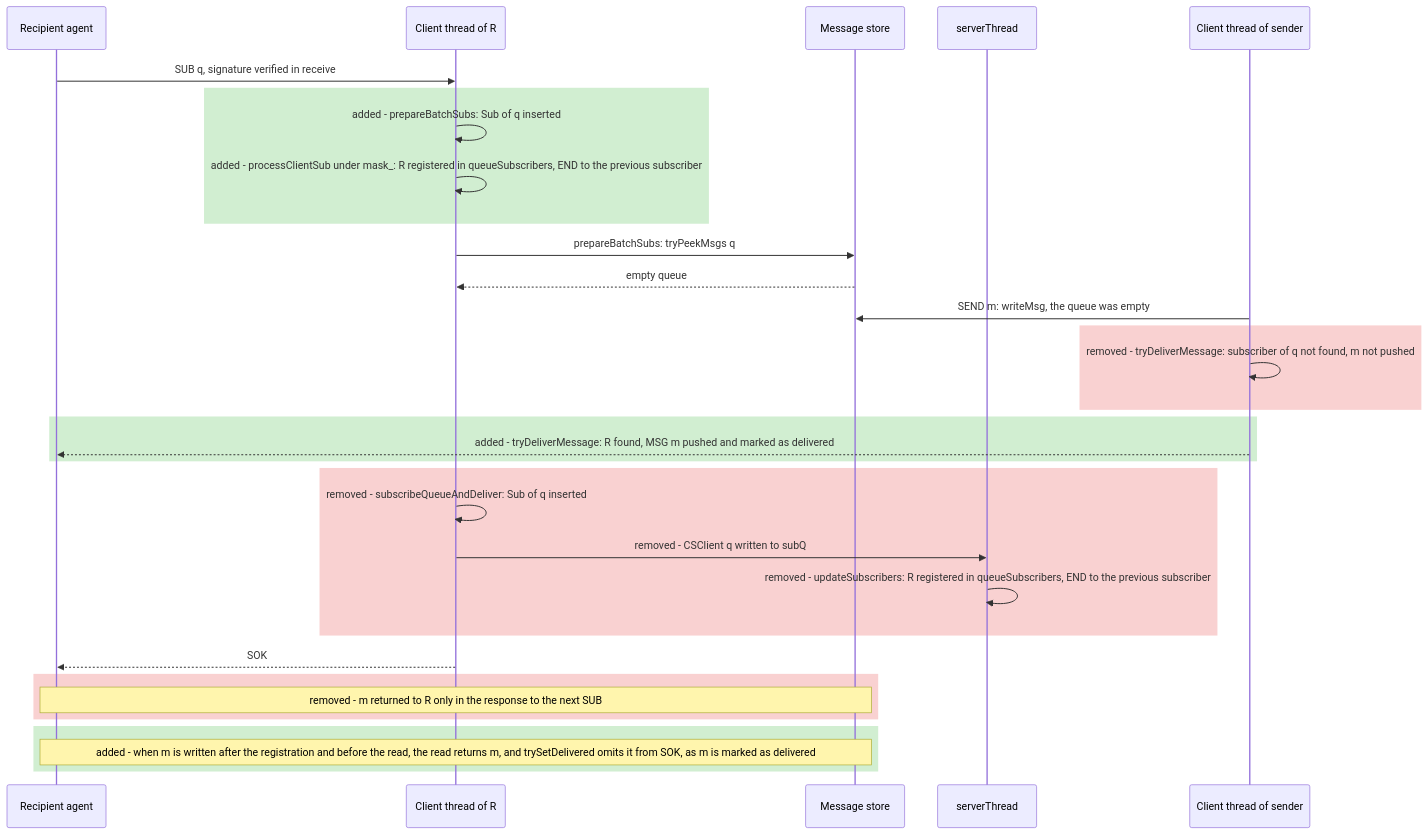
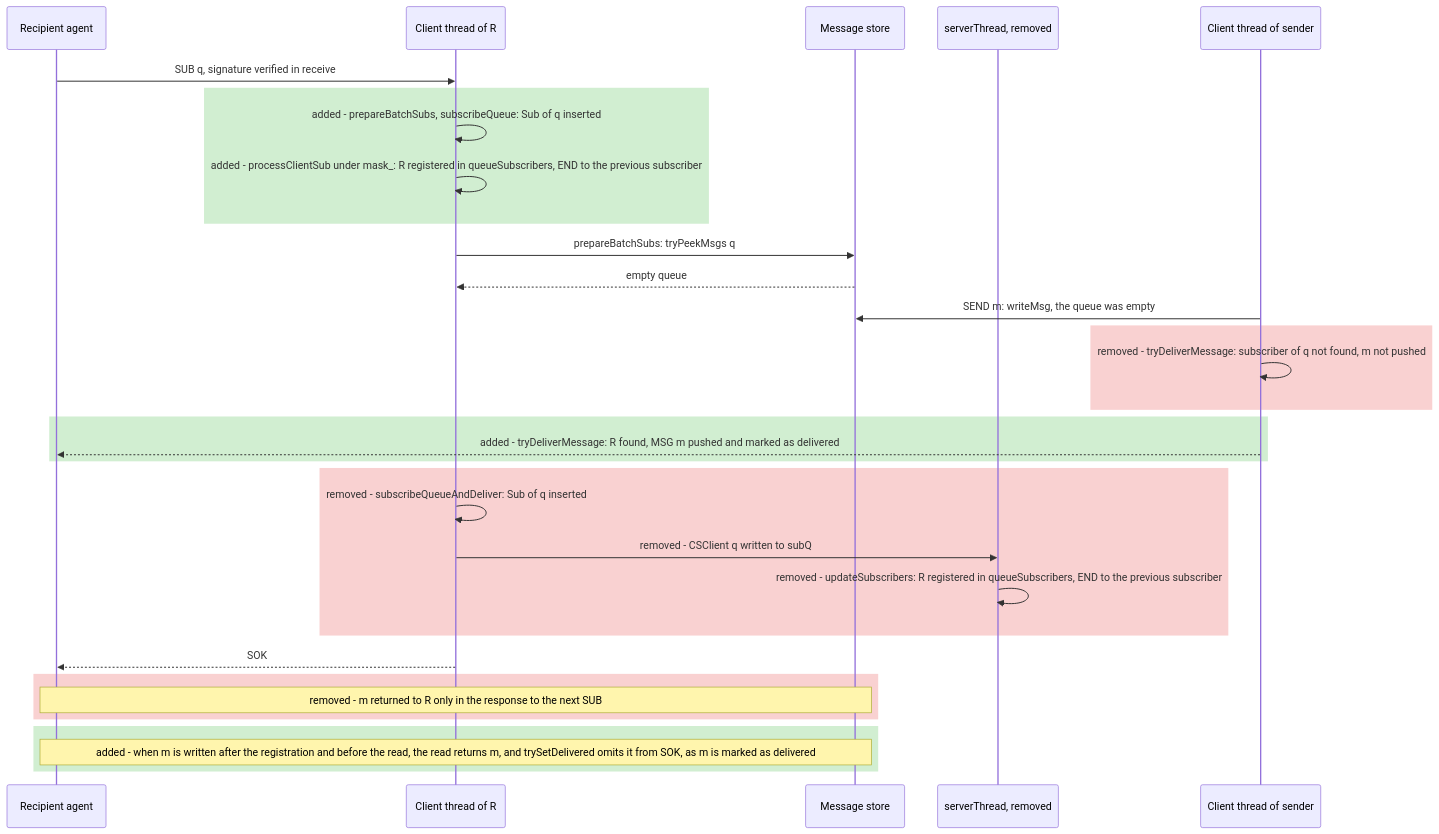
One commit to simplex-chat/simplexmq changed the diagram in plans/2026-10-31-sub-register-first.md. Above: the diagram before and after it, drawn with Mermaid. The commit also changed other lines of this file and 3 other files, not shown here.

Commit message:
smp server: process all subscription changes in the client thread, remove subQ and serverThread

````diff
--- a/plans/2026-10-31-sub-register-first.md
+++ b/plans/2026-10-31-sub-register-first.md
@@ -15,34 +16,34 @@
 ```mermaid
 sequenceDiagram
     participant R as Recipient agent
     participant C as Client thread of R
     participant Q as Message store
-    participant T as serverThread
+    participant T as serverThread, removed
     participant S as Client thread of sender
     R->>C: SUB q, signature verified in receive
     rect rgba(0, 160, 0, 0.18)
-        C->>C: added - prepareBatchSubs: Sub of q inserted
+        C->>C: added - prepareBatchSubs, subscribeQueue: Sub of q inserted
         C->>C: added - processClientSub under mask_: R registered in queueSubscribers, END to the previous subscriber
     end
     C->>Q: prepareBatchSubs: tryPeekMsgs q
     Q-->>C: empty queue
     S->>Q: SEND m: writeMsg, the queue was empty
     rect rgba(220, 0, 0, 0.18)
         S->>S: removed - tryDeliverMessage: subscriber of q not found, m not pushed
     end
     rect rgba(0, 160, 0, 0.18)
         S-->>R: added - tryDeliverMessage: R found, MSG m pushed and marked as delivered
     end
     rect rgba(220, 0, 0, 0.18)
         C->>C: removed - subscribeQueueAndDeliver: Sub of q inserted
         C->>T: removed - CSClient q written to subQ
         T->>T: removed - updateSubscribers: R registered in queueSubscribers, END to the previous subscriber
     end
     C-->>R: SOK
     rect rgba(220, 0, 0, 0.18)
         Note over R,Q: removed - m returned to R only in the response to the next SUB
     end
     rect rgba(0, 160, 0, 0.18)
         Note over R,Q: added - when m is written after the registration and before the read, the read returns m, and trySetDelivered omits it from SOK, as m is marked as delivered
     end
 ```
````
